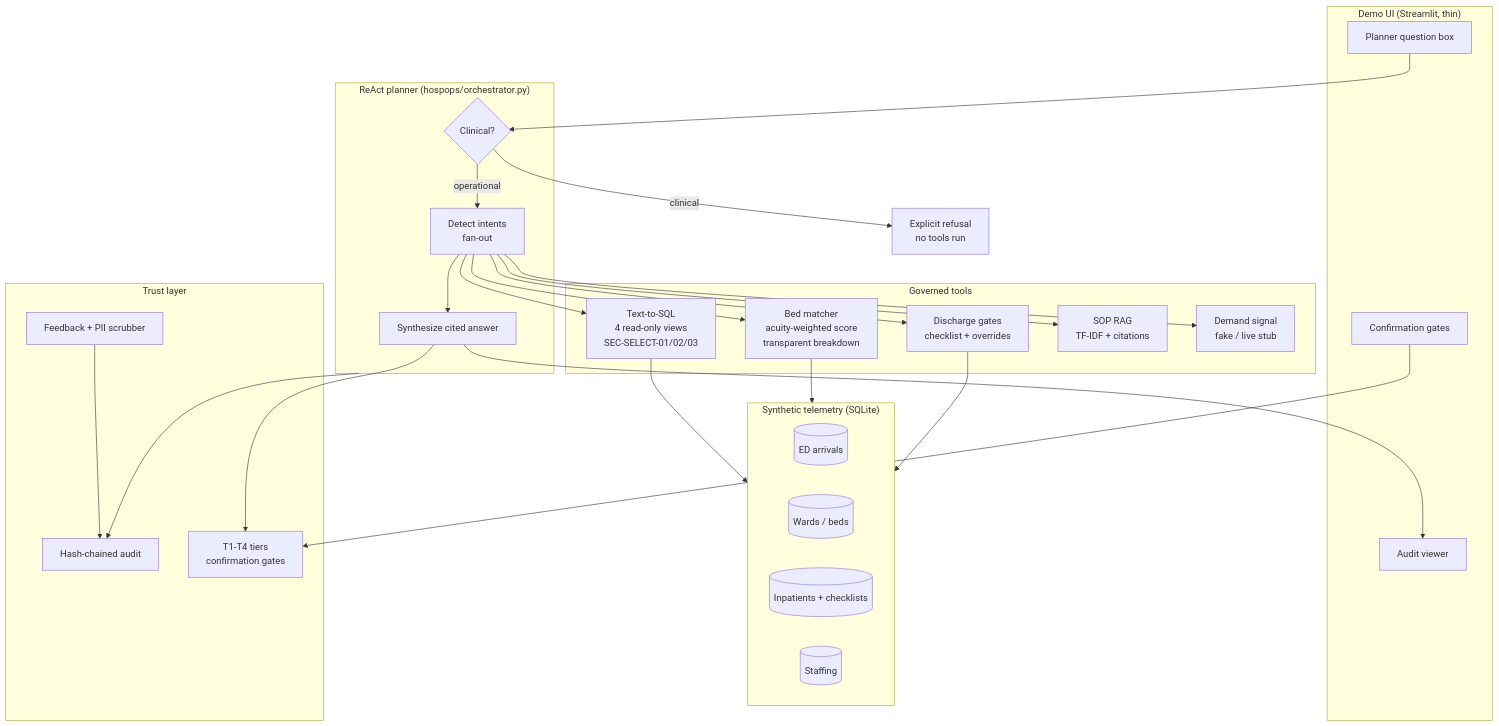
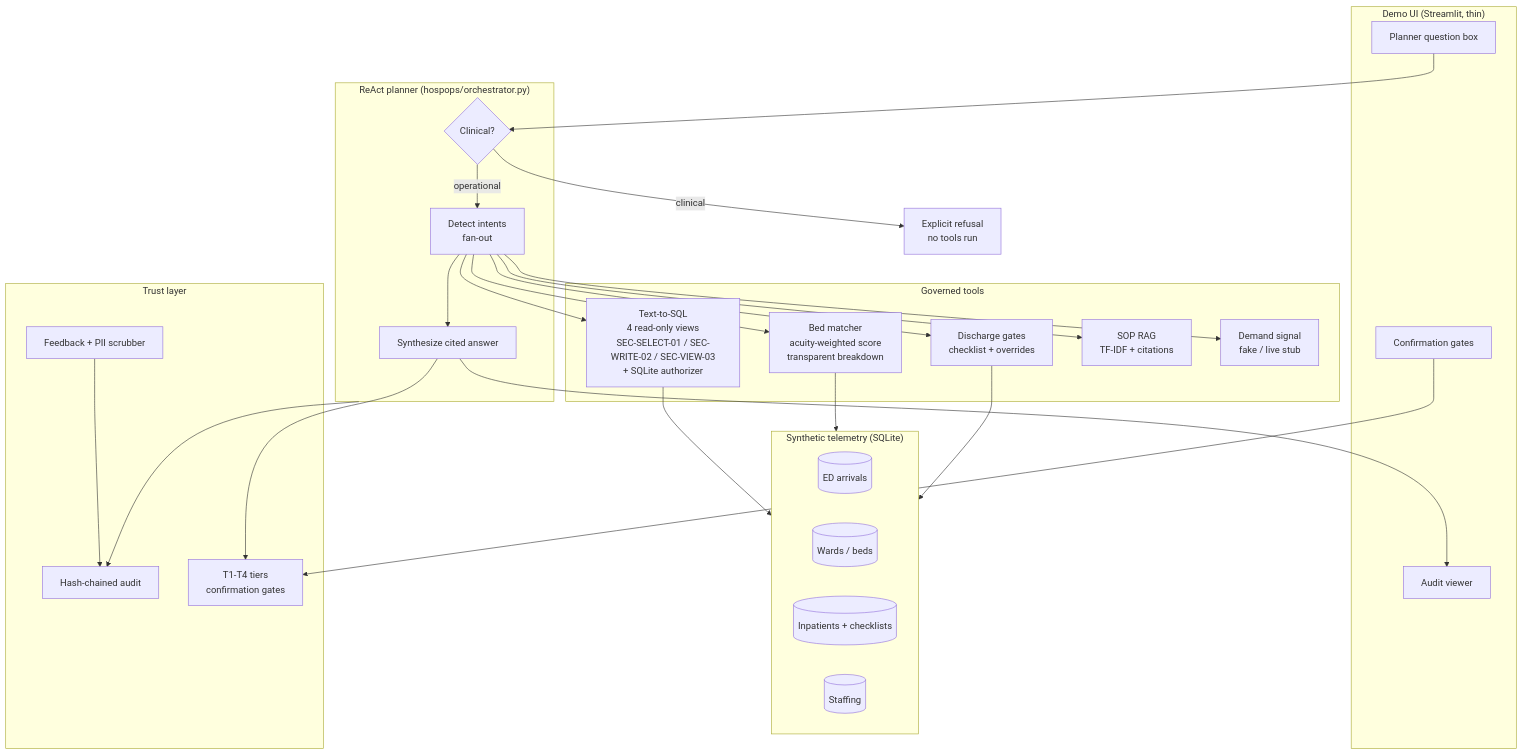
The first of 4 diagrams in knowledge/architecture.md (jagadishmazure-jpg/Jagadish-healthcare-ops-agents), drawn with Mermaid before and after one commit. The commit also changed 23 other files, not shown here.

````diff
--- a/knowledge/architecture.md
+++ b/knowledge/architecture.md
@@ -5,49 +5,49 @@
 ```mermaid
 flowchart TB
     subgraph UI["Demo UI (Streamlit, thin)"]
         Q[Planner question box]
         G[Confirmation gates]
         A[Audit viewer]
     end
 
     subgraph Planner["ReAct planner (hospops/orchestrator.py)"]
         CLIN{Clinical?}
         INT[Detect intents<br/>fan-out]
         SYN[Synthesize cited answer]
     end
 
     subgraph Tools["Governed tools"]
-        SQL[Text-to-SQL<br/>4 read-only views<br/>SEC-SELECT-01/02/03]
+        SQL[Text-to-SQL<br/>4 read-only views<br/>SEC-SELECT-01 / SEC-WRITE-02 / SEC-VIEW-03<br/>+ SQLite authorizer]
         BM[Bed matcher<br/>acuity-weighted score<br/>transparent breakdown]
         DC[Discharge gates<br/>checklist + overrides]
         RAG[SOP RAG<br/>TF-IDF + citations]
         DEM[Demand signal<br/>fake / live stub]
     end
 
     subgraph Data["Synthetic telemetry (SQLite)"]
         ED[(ED arrivals)]
         WARD[(Wards / beds)]
         IP[(Inpatients + checklists)]
         STF[(Staffing)]
     end
 
     subgraph Trust["Trust layer"]
         AUD[Hash-chained audit]
         FB[Feedback + PII scrubber]
         ESC[T1-T4 tiers<br/>confirmation gates]
     end
 
     Q --> CLIN
     CLIN -- clinical --> REFUSE[Explicit refusal<br/>no tools run]
     CLIN -- operational --> INT
     INT --> SQL & BM & DC & RAG & DEM
     SQL --> Data
     BM --> Data
     DC --> Data
     SYN --> ESC
     INT --> SYN
     SYN --> A
     Planner --> AUD
     FB --> AUD
     G --> ESC
 ```
````
